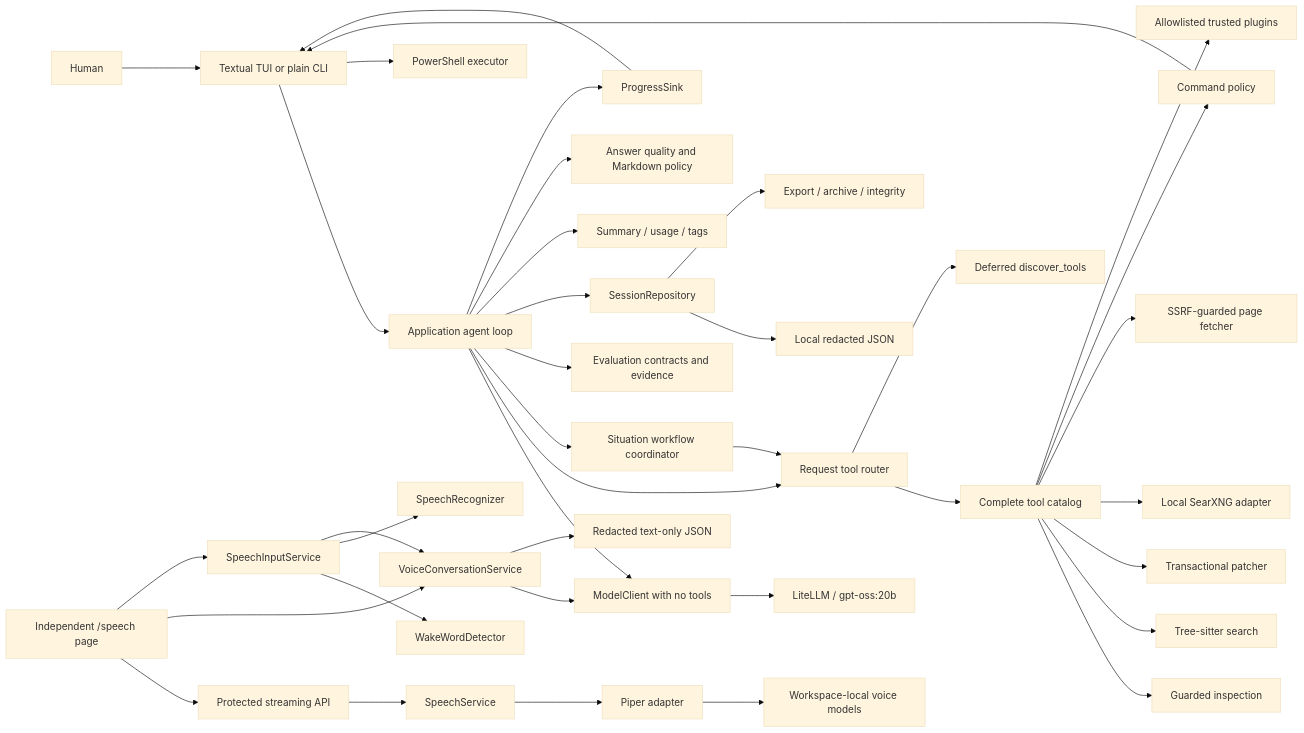
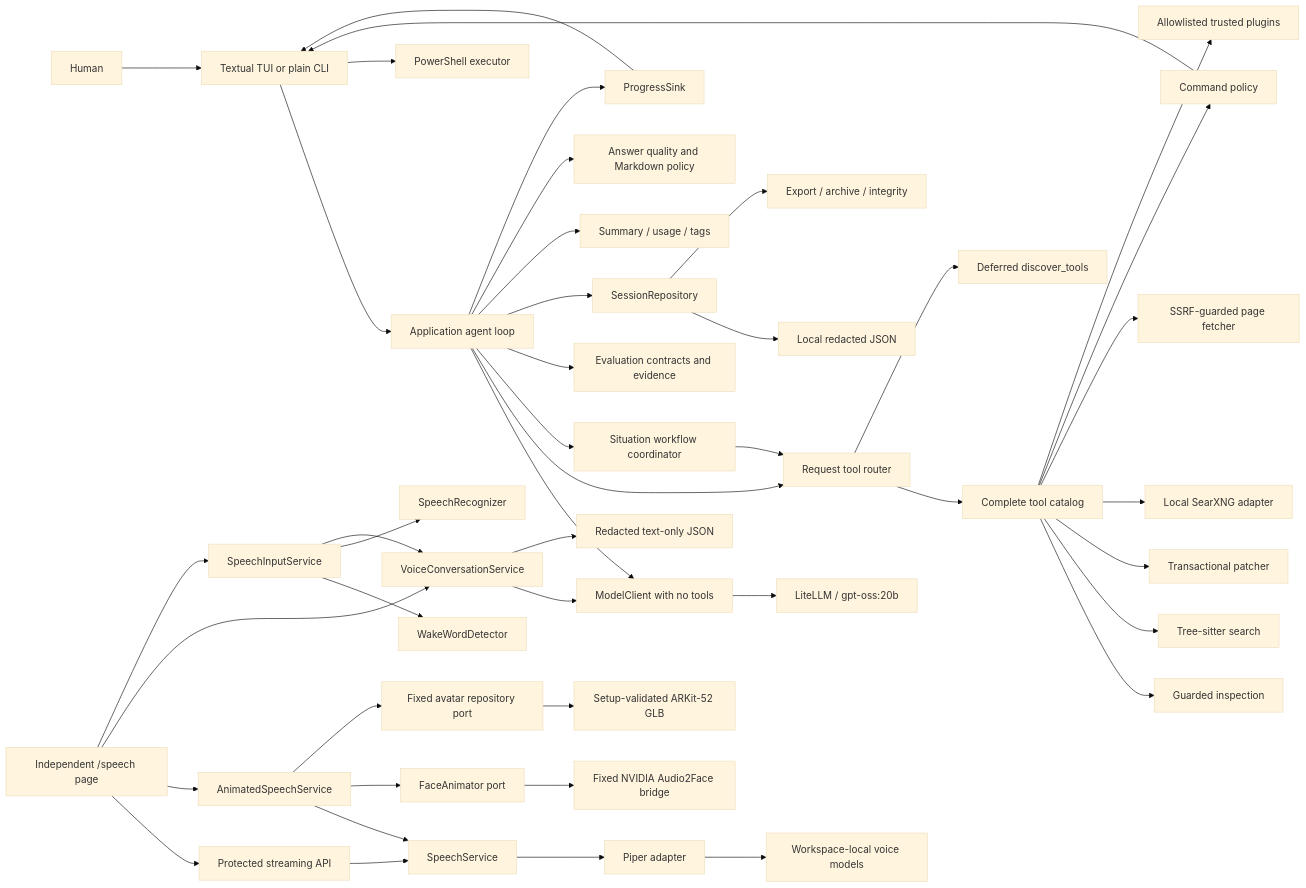
One commit to Ankit1017/agent changed the diagram in docs/ARCHITECTURE.md. Above: the diagram before and after it, drawn with Mermaid (base theme). The commit also changed other lines of this file and 52 other files, not shown here.

Commit message:
feat: add selectable Audio2Face avatars

````diff
--- a/docs/ARCHITECTURE.md
+++ b/docs/ARCHITECTURE.md
@@ -32,40 +42,46 @@
 ```mermaid
 flowchart LR
     Human --> UI[Textual TUI or plain CLI]
     UI --> Agent[Application agent loop]
     Agent --> ModelPort[ModelClient port]
     ModelPort --> LiteLLM[LiteLLM / gpt-oss:20b]
     Agent --> Router[Request tool router]
     Agent --> Workflow[Situation workflow coordinator]
     Agent --> Evaluation[Evaluation contracts and evidence]
     Workflow --> Router
     Router --> Tools[Complete tool catalog]
     Router --> Discover[Deferred discover_tools]
     Tools --> Inspect[Guarded inspection]
     Tools --> Index[Tree-sitter search]
     Tools --> Patch[Transactional patcher]
     Tools --> Search[Local SearXNG adapter]
     Tools --> Fetch[SSRF-guarded page fetcher]
     Tools --> Policy[Command policy]
     Policy --> UI
     UI --> PS[PowerShell executor]
     Agent --> Sessions[SessionRepository]
     Sessions --> JSON[Local redacted JSON]
     Sessions --> Maintenance[Export / archive / integrity]
     Agent --> Analytics[Summary / usage / tags]
     Agent --> Quality[Answer quality and Markdown policy]
     Tools --> Plugins[Allowlisted trusted plugins]
     Agent --> Progress[ProgressSink]
     Progress --> UI
     SpeechPage[Independent /speech page] --> SpeechAPI[Protected streaming API]
     SpeechAPI --> SpeechService[SpeechService]
     SpeechService --> Piper[Piper adapter]
     Piper --> VoiceModels[Workspace-local voice models]
+    SpeechPage --> AnimatedSpeech[AnimatedSpeechService]
+    AnimatedSpeech --> SpeechService
+    AnimatedSpeech --> FaceAnimator[FaceAnimator port]
+    FaceAnimator --> A2FBridge[Fixed NVIDIA Audio2Face bridge]
+    AnimatedSpeech --> AvatarPort[Fixed avatar repository port]
+    AvatarPort --> ValidatedGLB[Setup-validated ARKit-52 GLB]
     SpeechPage --> VoiceConversation[VoiceConversationService]
     VoiceConversation --> ModelPort[ModelClient with no tools]
     VoiceConversation --> VoiceHistory[Redacted text-only JSON]
     SpeechPage --> SpeechInput[SpeechInputService]
     SpeechInput --> WakePort[WakeWordDetector]
     SpeechInput --> RecognizerPort[SpeechRecognizer]
     SpeechInput --> VoiceConversation
 ```
````
